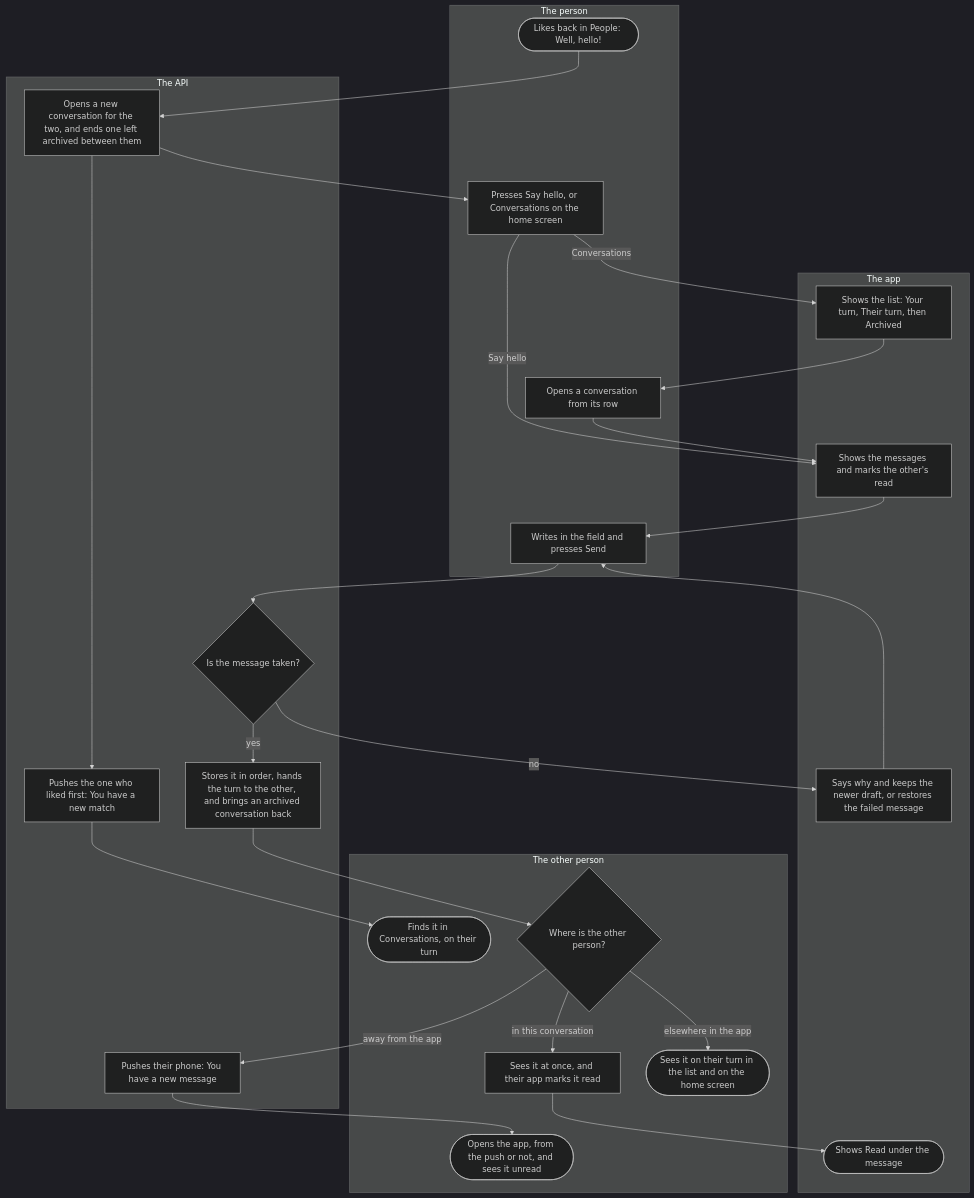
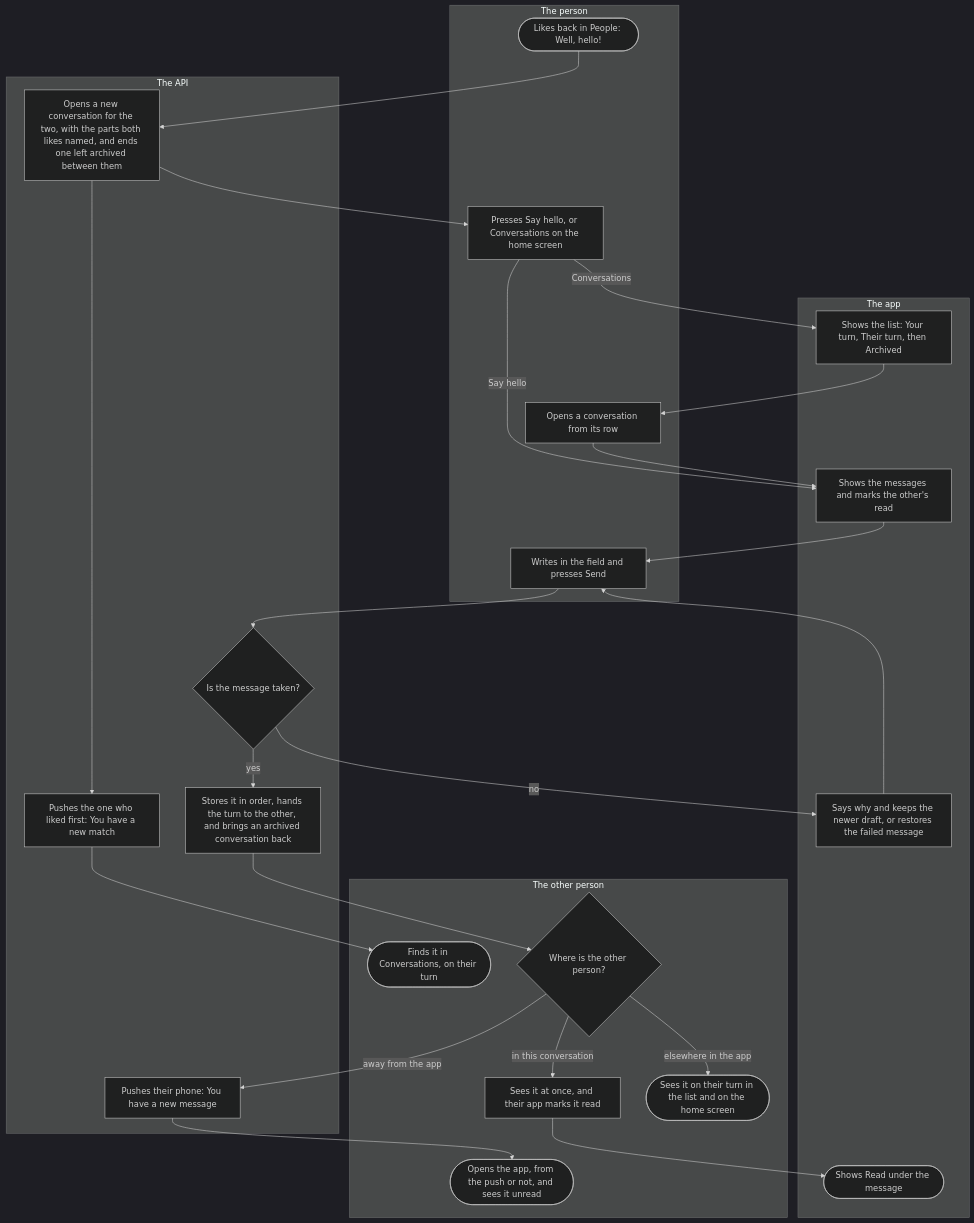
Before and after one commit to kuutti-ry/kumpa-app: the first of 4 diagrams in docs/flows/chat.md, drawn with Mermaid (dark theme). The commit also changed other lines of this file and 114 other files, not shown here.

````diff
--- a/docs/flows/chat.md
+++ b/docs/flows/chat.md
@@ -31,50 +31,50 @@
 ```mermaid
 flowchart TB
   accTitle: Chat, part 1: from a match to a message
   accDescr: A like that meets a like in People opens a new conversation for the two, and the one who liked first is pushed that there is a new match. The person opens it from the match or from Conversations on the home screen, writes and presses Send. The API refuses a message in words or stores it, and the other person sees it at once in an open conversation, on their turn in the list elsewhere in the app, or after a push when they are away from it.
   subgraph person["The person"]
     s1(["Likes back in People: Well, hello!"])
     s5["Presses Say hello, or Conversations on the home screen"]
     s7["Opens a conversation from its row"]
     s9["Writes in the field and presses Send"]
   end
   subgraph app["The app"]
     s6["Shows the list: Your turn, Their turn, then Archived"]
     s8["Shows the messages and marks the other's read"]
     s11["Says why and keeps the newer draft, or restores the failed message"]
     s18(["Shows Read under the message"])
   end
   subgraph api["The API"]
-    s2["Opens a new conversation for the two, and ends one left archived between them"]
+    s2["Opens a new conversation for the two, with the parts both likes named, and ends one left archived between them"]
     s3["Pushes the one who liked first: You have a new match"]
     s10{"Is the message taken?"}
     s12["Stores it in order, hands the turn to the other, and brings an archived conversation back"]
     s16["Pushes their phone: You have a new message"]
   end
   subgraph other["The other person"]
     s4(["Finds it in Conversations, on their turn"])
     s13{"Where is the other person?"}
     s14["Sees it at once, and their app marks it read"]
     s15(["Sees it on their turn in the list and on the home screen"])
     s17(["Opens the app, from the push or not, and sees it unread"])
   end
   s1 --> s2
   s2 --> s3
   s3 --> s4
   s2 --> s5
   s5 -->|"Conversations"| s6
   s5 -->|"Say hello"| s8
   s6 --> s7
   s7 --> s8
   s8 --> s9
   s9 --> s10
   s10 -->|"no"| s11
   s11 --> s9
   s10 -->|"yes"| s12
   s12 --> s13
   s13 -->|"in this conversation"| s14
   s13 -->|"elsewhere in the app"| s15
   s13 -->|"away from the app"| s16
   s16 --> s17
   s14 --> s18
 ```
````
